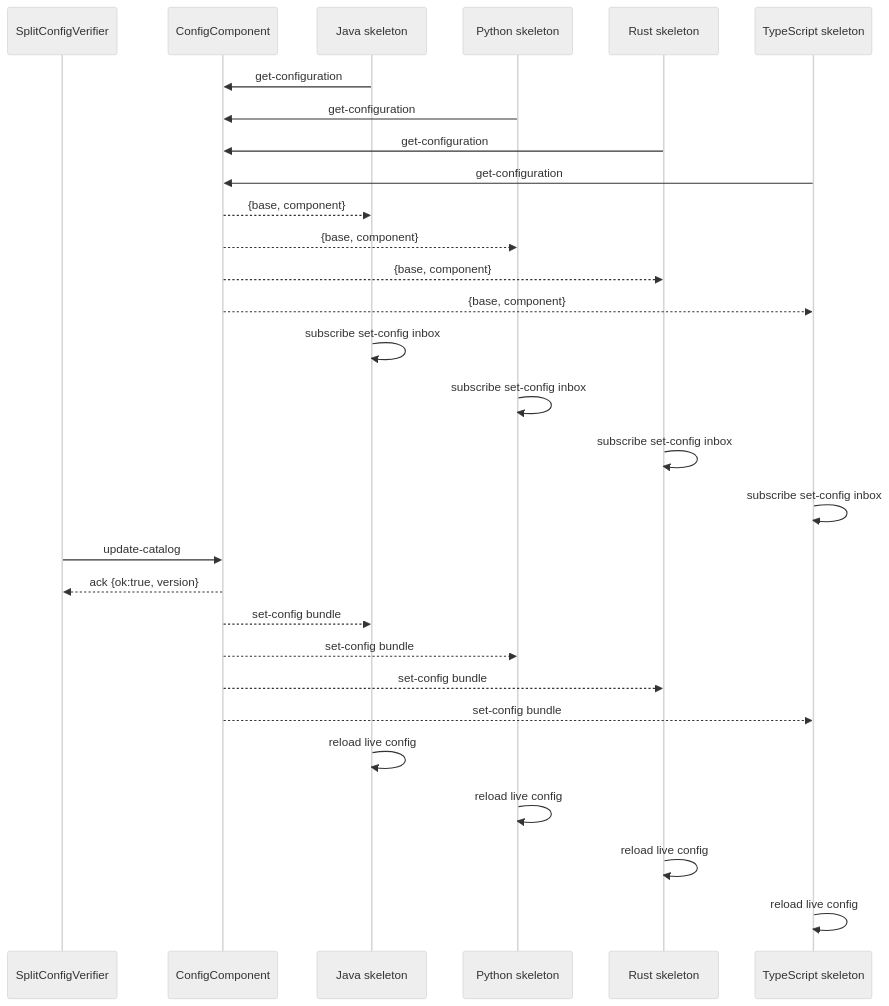
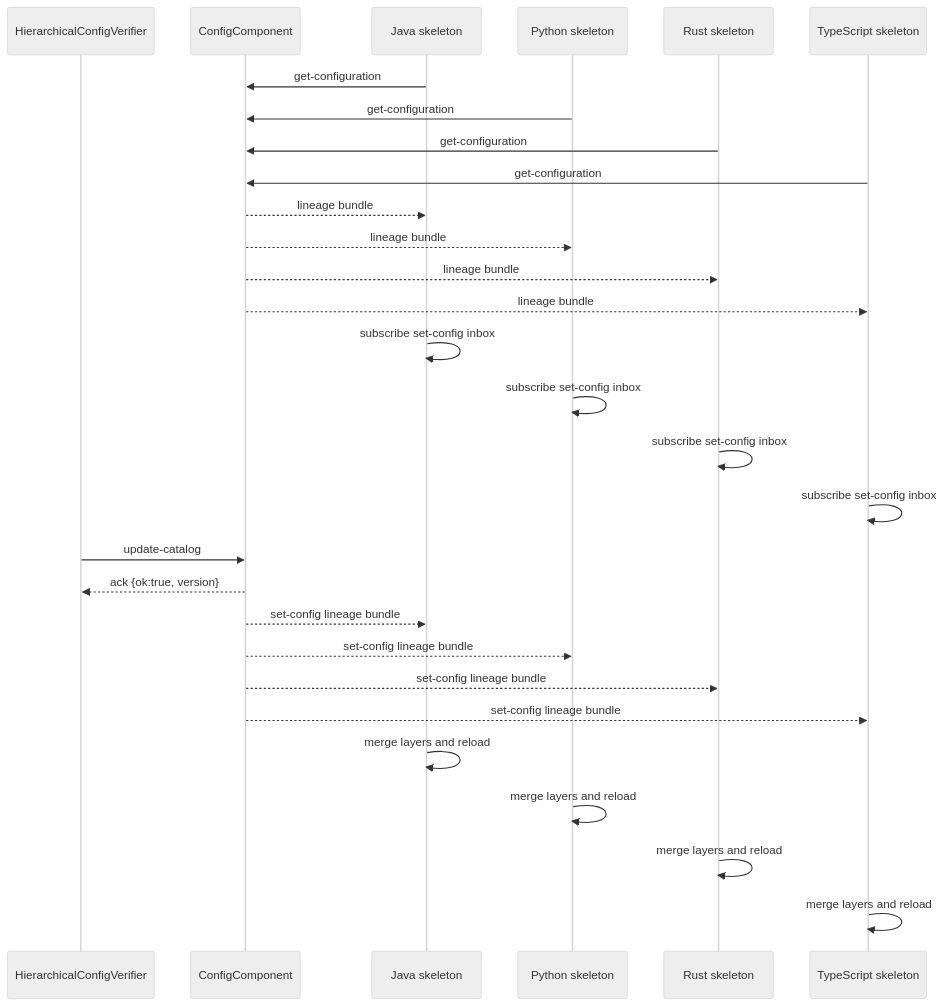
One commit to edgecommons/edgecommons changed the second of 3 diagrams in test-infra/interop/FULL_INTEROP_GREENGRASS_K8S.md. Above: the diagram before and after it, drawn with Mermaid (neutral theme). The commit also changed other lines of this file and 102 other files, not shown here.

Commit message:
Implement hierarchical config across providers

````diff
--- a/test-infra/interop/FULL_INTEROP_GREENGRASS_K8S.md
+++ b/test-infra/interop/FULL_INTEROP_GREENGRASS_K8S.md
@@ -83,32 +95,32 @@
 ```mermaid
 sequenceDiagram
-    participant V as SplitConfigVerifier
+    participant V as HierarchicalConfigVerifier
     participant C as ConfigComponent
     participant J as Java skeleton
     participant P as Python skeleton
     participant R as Rust skeleton
     participant T as TypeScript skeleton
 
     J->>C: get-configuration
     P->>C: get-configuration
     R->>C: get-configuration
     T->>C: get-configuration
-    C-->>J: {base, component}
-    C-->>P: {base, component}
-    C-->>R: {base, component}
-    C-->>T: {base, component}
+    C-->>J: lineage bundle
+    C-->>P: lineage bundle
+    C-->>R: lineage bundle
+    C-->>T: lineage bundle
     J->>J: subscribe set-config inbox
     P->>P: subscribe set-config inbox
     R->>R: subscribe set-config inbox
     T->>T: subscribe set-config inbox
     V->>C: update-catalog
     C-->>V: ack {ok:true, version}
-    C-->>J: set-config bundle
-    C-->>P: set-config bundle
-    C-->>R: set-config bundle
-    C-->>T: set-config bundle
-    J->>J: reload live config
-    P->>P: reload live config
-    R->>R: reload live config
-    T->>T: reload live config
+    C-->>J: set-config lineage bundle
+    C-->>P: set-config lineage bundle
+    C-->>R: set-config lineage bundle
+    C-->>T: set-config lineage bundle
+    J->>J: merge layers and reload
+    P->>P: merge layers and reload
+    R->>R: merge layers and reload
+    T->>T: merge layers and reload
 ```
````
